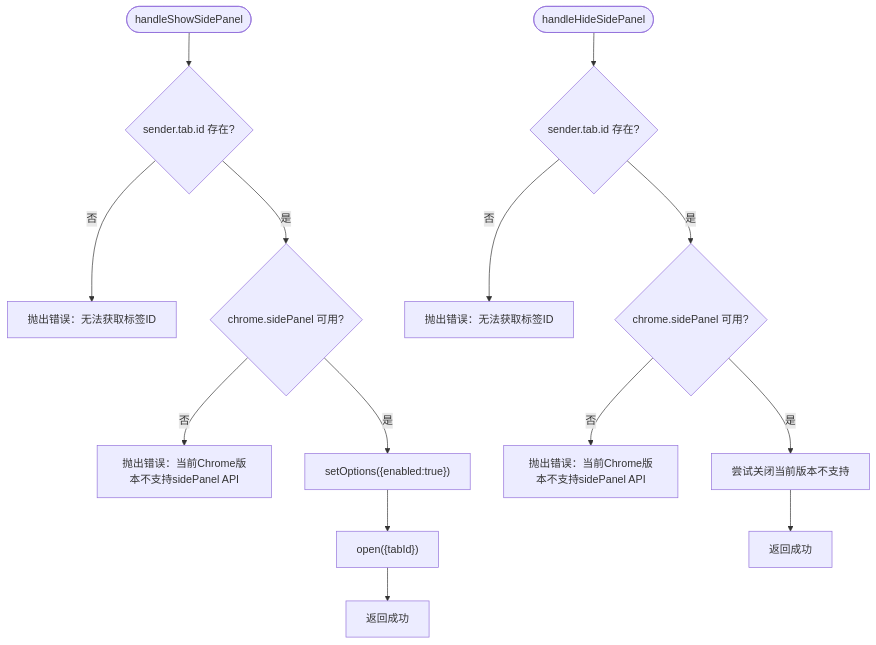
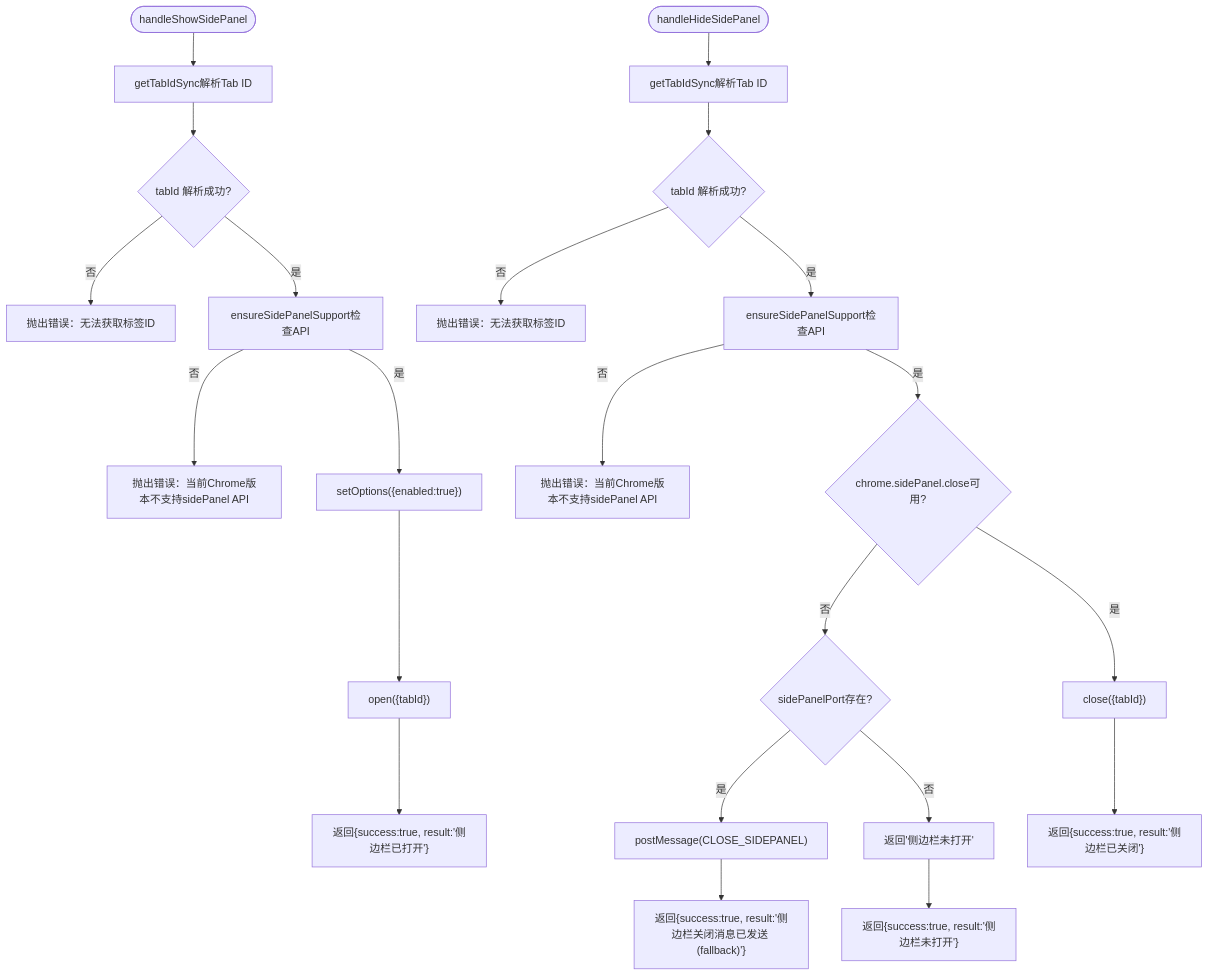
The tenth of 12 diagrams in .qoder/repowiki/zh/content/扩展入口点/Background Script.md (liaolongdong/account-password-helper), drawn with Mermaid before and after one commit. The commit also changed other lines of this file and 23 other files, not shown here.

````diff
--- a/.qoder/repowiki/zh/content/扩展入口点/Background Script.md
+++ b/.qoder/repowiki/zh/content/扩展入口点/Background Script.md
@@ -223,16 +451,24 @@
 ```mermaid
 flowchart TD
-SStart(["handleShowSidePanel"]) --> CheckTab{"sender.tab.id 存在?"}
+SStart(["handleShowSidePanel"]) --> ParseTab["getTabIdSync解析Tab ID"]
+ParseTab --> CheckTab{"tabId 解析成功?"}
 CheckTab --> |否| Err1["抛出错误：无法获取标签ID"]
-CheckTab --> |是| CheckAPI{"chrome.sidePanel 可用?"}
+CheckTab --> |是| CheckAPI["ensureSidePanelSupport检查API"]
 CheckAPI --> |否| Err2["抛出错误：当前Chrome版本不支持sidePanel API"]
 CheckAPI --> |是| Enable["setOptions({enabled:true})"]
 Enable --> Open["open({tabId})"]
-Open --> Done1["返回成功"]
-HStart(["handleHideSidePanel"]) --> CheckTab2{"sender.tab.id 存在?"}
+Open --> Done1["返回{success:true, result:'侧边栏已打开'}"]
+HStart(["handleHideSidePanel"]) --> ParseTab2["getTabIdSync解析Tab ID"]
+ParseTab2 --> CheckTab2{"tabId 解析成功?"}
 CheckTab2 --> |否| Err3["抛出错误：无法获取标签ID"]
-CheckTab2 --> |是| CheckAPI2{"chrome.sidePanel 可用?"}
+CheckTab2 --> |是| CheckAPI2["ensureSidePanelSupport检查API"]
 CheckAPI2 --> |否| Err4["抛出错误：当前Chrome版本不支持sidePanel API"]
-CheckAPI2 --> |是| TryClose["尝试关闭当前版本不支持"]
-TryClose --> Done2["返回成功"]
+CheckAPI2 --> |是| CheckClose{"chrome.sidePanel.close可用?"}
+CheckClose --> |是| Close["close({tabId})"]
+CheckClose --> |否| CheckPort{"sidePanelPort存在?"}
+CheckPort --> |是| PortClose["postMessage(CLOSE_SIDEPANEL)"]
+CheckPort --> |否| NoOpen["返回'侧边栏未打开'"]
+Close --> Done2["返回{success:true, result:'侧边栏已关闭'}"]
+PortClose --> Done3["返回{success:true, result:'侧边栏关闭消息已发送 (fallback)'}"]
+NoOpen --> Done4["返回{success:true, result:'侧边栏未打开'}"]
 ```
````
